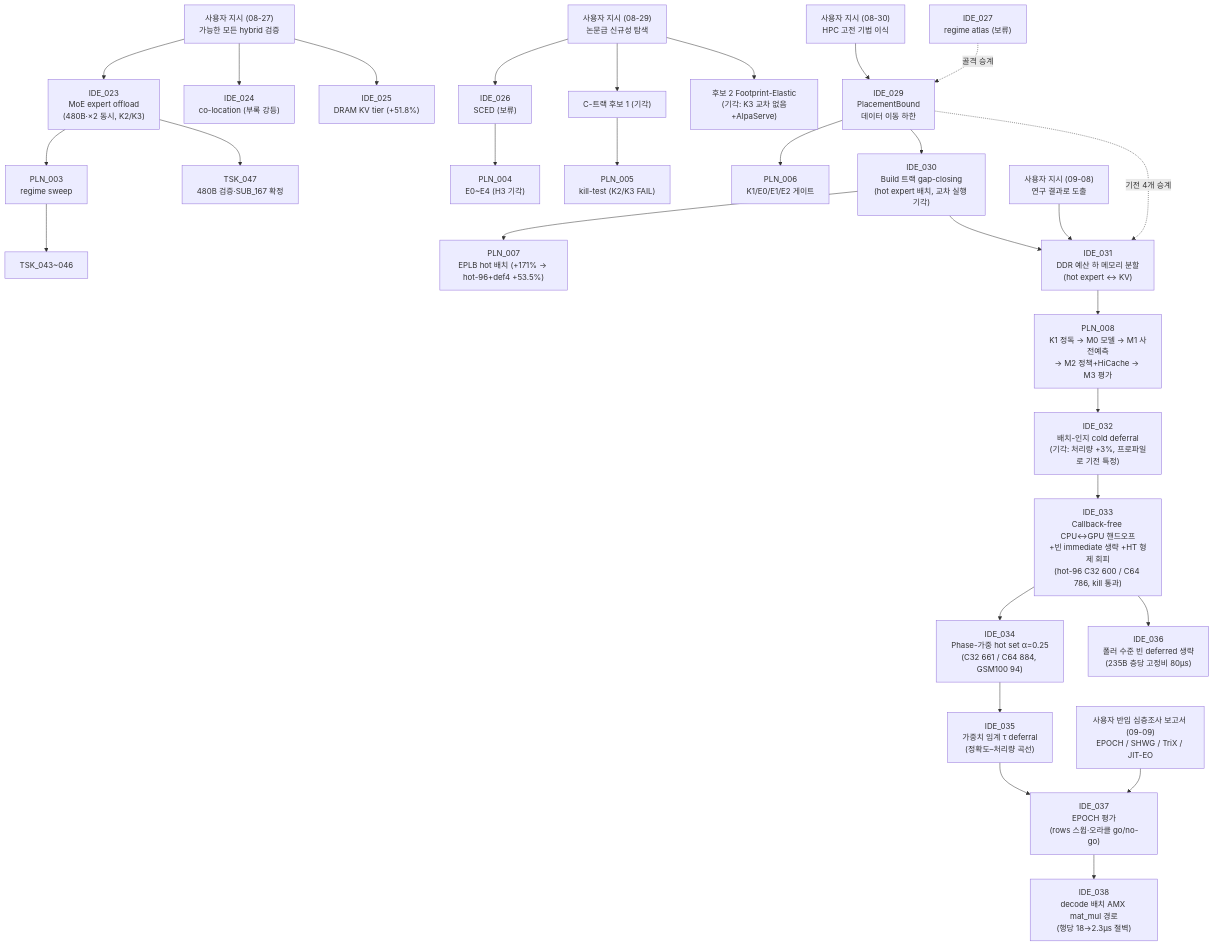
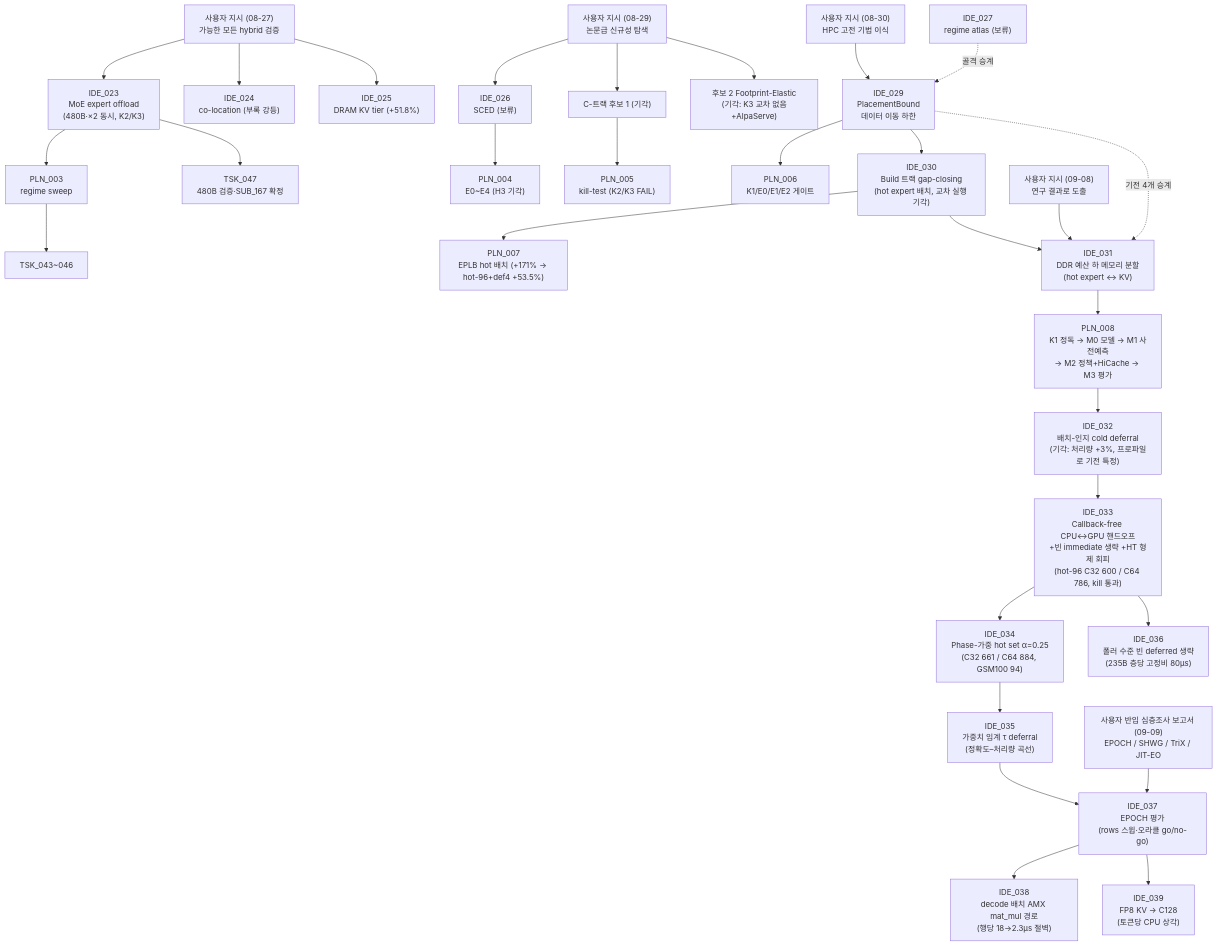
The second of 2 diagrams in shadow_assists/README.md (mystous/vllm_hybrid), drawn with Mermaid before and after one commit. The commit also changed 1 other file, not shown here.

Commit message:
ids: IDE_039 FP8 KV → C128 (사전 등록 C128 ≥923 AND GSM40 ≥95); IDE_038 상태 갱신

````diff
--- a/shadow_assists/README.md
+++ b/shadow_assists/README.md
@@ -270,31 +270,32 @@
 ```mermaid
 graph TD
     U27["사용자 지시 (08-27)<br/>가능한 모든 hybrid 검증"] --> IDE_023["IDE_023<br/>MoE expert offload<br/>(480B·×2 동시, K2/K3)"]
     U27 --> IDE_024["IDE_024<br/>co-location (부록 강등)"]
     U27 --> IDE_025["IDE_025<br/>DRAM KV tier (+51.8%)"]
     IDE_023 --> PLN_003["PLN_003<br/>regime sweep"]
     PLN_003 --> TSK_043["TSK_043~046"]
     IDE_023 --> TSK_047["TSK_047<br/>480B 검증·SUB_167 확정"]
     UN["사용자 지시 (08-29)<br/>논문급 신규성 탐색"] --> IDE_026["IDE_026<br/>SCED (보류)"]
     IDE_026 --> PLN_004["PLN_004<br/>E0~E4 (H3 기각)"]
     UN --> C1["C-트랙 후보 1 (기각)"]
     C1 --> PLN_005["PLN_005<br/>kill-test (K2/K3 FAIL)"]
     UN --> FP["후보 2 Footprint-Elastic<br/>(기각: K3 교차 없음+AlpaServe)"]
     UH["사용자 지시 (08-30)<br/>HPC 고전 기법 이식"] --> IDE_029["IDE_029<br/>PlacementBound<br/>데이터 이동 하한"]
     IDE_027["IDE_027<br/>regime atlas (보류)"] -.골격 승계.-> IDE_029
     IDE_029 --> PLN_006["PLN_006<br/>K1/E0/E1/E2 게이트"]
     IDE_029 --> IDE_030["IDE_030<br/>Build 트랙 gap-closing<br/>(hot expert 배치, 교차 실행 기각)"]
     IDE_030 --> PLN_007["PLN_007<br/>EPLB hot 배치 (+171% → hot-96+def4 +53.5%)"]
     UP["사용자 지시 (09-08)<br/>연구 결과로 도출"] --> IDE_031["IDE_031<br/>DDR 예산 하 메모리 분할<br/>(hot expert ↔ KV)"]
     IDE_030 --> IDE_031
     IDE_029 -.기전 4개 승계.-> IDE_031
     IDE_031 --> PLN_008["PLN_008<br/>K1 정독 → M0 모델 → M1 사전예측<br/>→ M2 정책+HiCache → M3 평가"]
     PLN_008 --> IDE_032["IDE_032<br/>배치-인지 cold deferral<br/>(기각: 처리량 +3%, 프로파일로 기전 특정)"]
     IDE_032 --> IDE_033["IDE_033<br/>Callback-free CPU↔GPU 핸드오프<br/>+빈 immediate 생략 +HT 형제 회피<br/>(hot-96 C32 600 / C64 786, kill 통과)"]
     IDE_033 --> IDE_034["IDE_034<br/>Phase-가중 hot set α=0.25<br/>(C32 661 / C64 884, GSM100 94)"]
     IDE_034 --> IDE_035["IDE_035<br/>가중치 임계 τ deferral<br/>(정확도–처리량 곡선)"]
     IDE_033 --> IDE_036["IDE_036<br/>폴러 수준 빈 deferred 생략<br/>(235B 층당 고정비 80µs)"]
     UP2["사용자 반입 심층조사 보고서 (09-09)<br/>EPOCH / SHWG / TriX / JIT-EO"] --> IDE_037["IDE_037<br/>EPOCH 평가<br/>(rows 스윕·오라클 go/no-go)"]
     IDE_035 --> IDE_037
     IDE_037 --> IDE_038["IDE_038<br/>decode 배치 AMX mat_mul 경로<br/>(행당 18→2.3µs 절벽)"]
+    IDE_037 --> IDE_039["IDE_039<br/>FP8 KV → C128<br/>(토큰당 CPU 상각)"]
 ```
````
